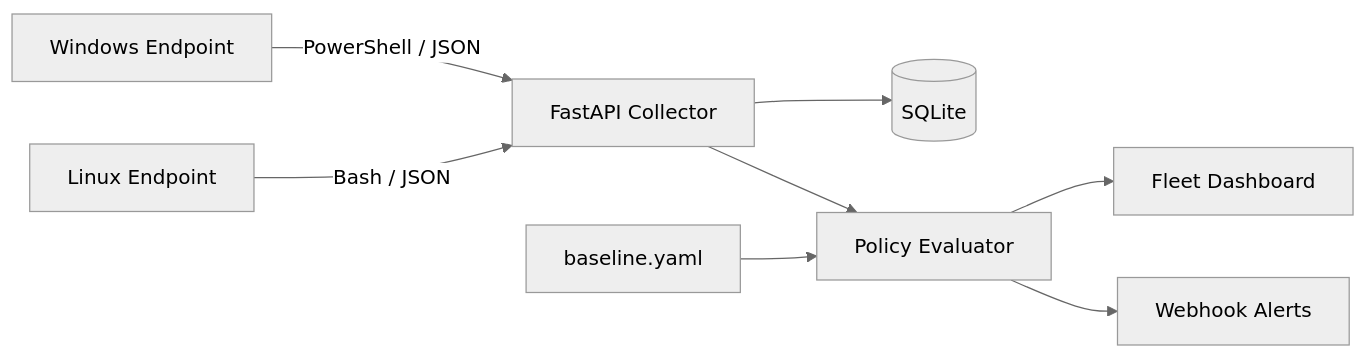
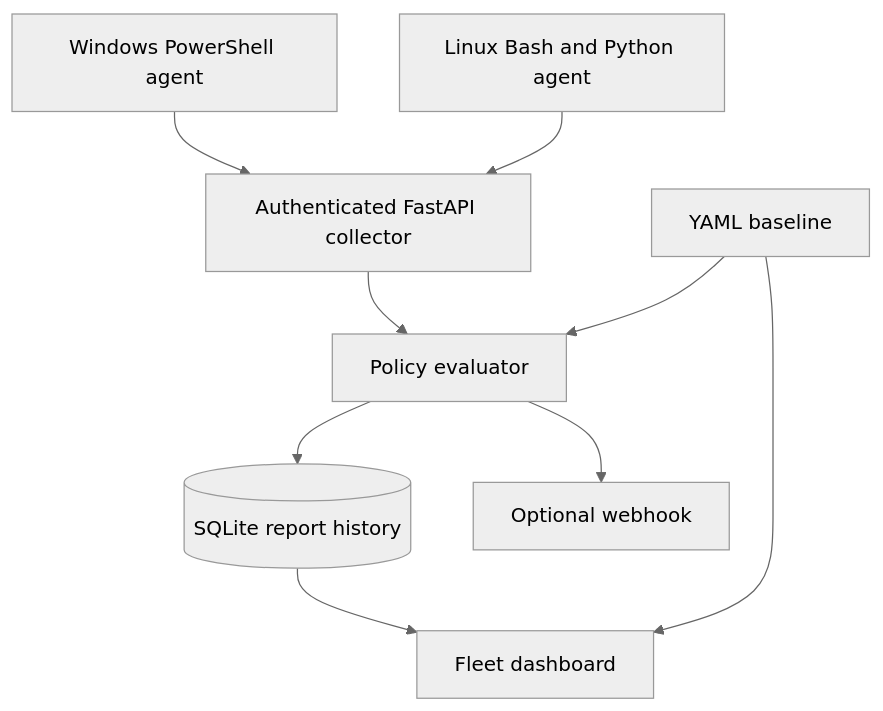
One commit to alamsanan1-byte/Endpoint-compliance-agent changed the diagram in README.md. Above: the diagram before and after it, drawn with Mermaid (neutral theme). The commit also changed other lines of this file and 12 other files, not shown here.

````diff
--- a/README.md
+++ b/README.md
@@ -15,10 +65,11 @@
 ```mermaid
-flowchart LR
-    W[Windows Endpoint] -->|PowerShell / JSON| API[FastAPI Collector]
-    L[Linux Endpoint] -->|Bash / JSON| API
-    API --> DB[(SQLite)]
-    API --> E[Policy Evaluator]
-    P[baseline.yaml] --> E
-    E --> D[Fleet Dashboard]
-    E --> A[Webhook Alerts]
+flowchart TD
+    W[Windows PowerShell agent] --> A[Authenticated FastAPI collector]
+    L[Linux Bash and Python agent] --> A
+    P[YAML baseline] --> E[Policy evaluator]
+    A --> E
+    E --> S[(SQLite report history)]
+    E --> H[Optional webhook]
+    S --> D[Fleet dashboard]
+    P --> D
 ```
````
